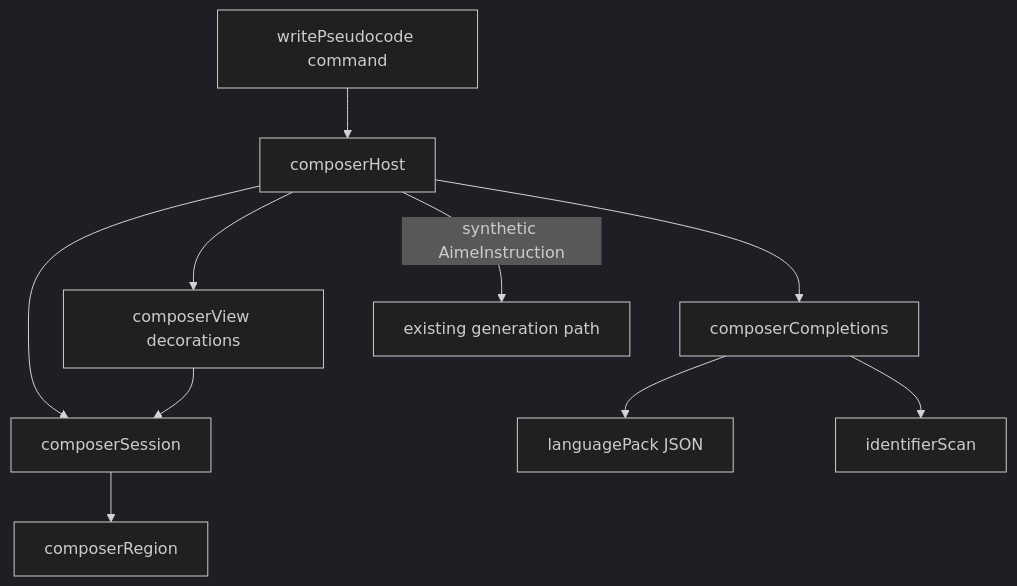
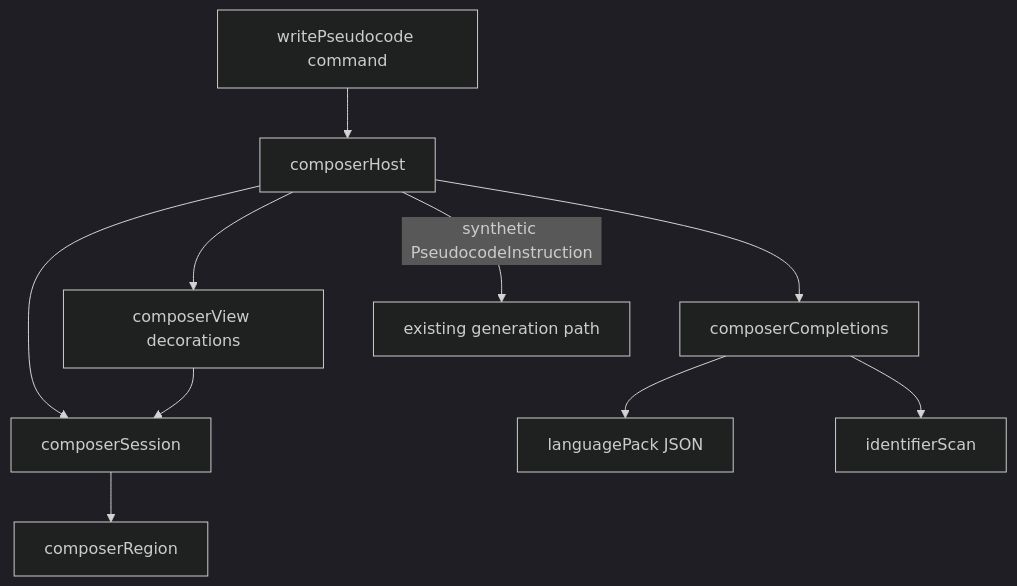
One commit to sutigit/pseudini changed the diagram in docs/inline-composer.md. Above: the diagram before and after it, drawn with Mermaid (dark theme). The commit also changed other lines of this file and 30 other files, not shown here.

````diff
--- a/docs/inline-composer.md
+++ b/docs/inline-composer.md
@@ -65,21 +65,21 @@
 ```mermaid
 flowchart TD
   cmd[writePseudocode command]
   host[composerHost]
   session[composerSession]
   region[composerRegion]
   packs[languagePack JSON]
   suggest[identifierScan]
   view[composerView decorations]
   complete[composerCompletions]
   gen[existing generation path]
   cmd --> host
   host --> session
   host --> view
   host --> complete
   session --> region
   complete --> packs
   complete --> suggest
   view --> session
-  host -->|"synthetic AimeInstruction"| gen
+  host -->|"synthetic PseudocodeInstruction"| gen
 ```
````
